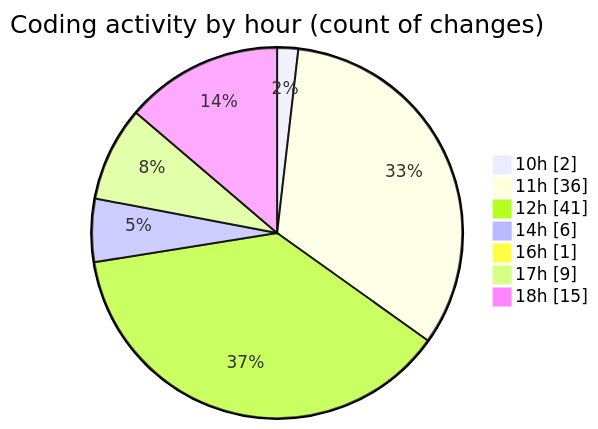
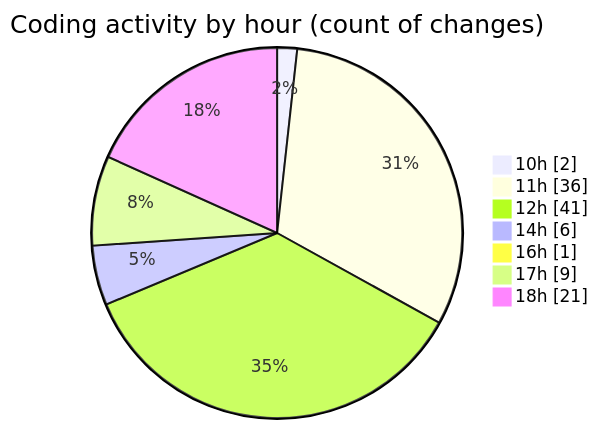
The second of 2 diagrams in 2025-05-13/argos-dev/README.md (nxtqubesakshisongat/code-tracking), drawn with Mermaid before and after one commit. The commit also changed other lines of this file and 1 other file, not shown here.

````diff
--- a/2025-05-13/argos-dev/README.md
+++ b/2025-05-13/argos-dev/README.md
@@ -34,11 +34,11 @@
 ```mermaid
 pie showData
 title Coding activity by hour (count of changes)
 "10h" : 2
 "11h" : 36
 "12h" : 41
 "14h" : 6
 "16h" : 1
 "17h" : 9
-"18h" : 15
+"18h" : 21
 ```
````
